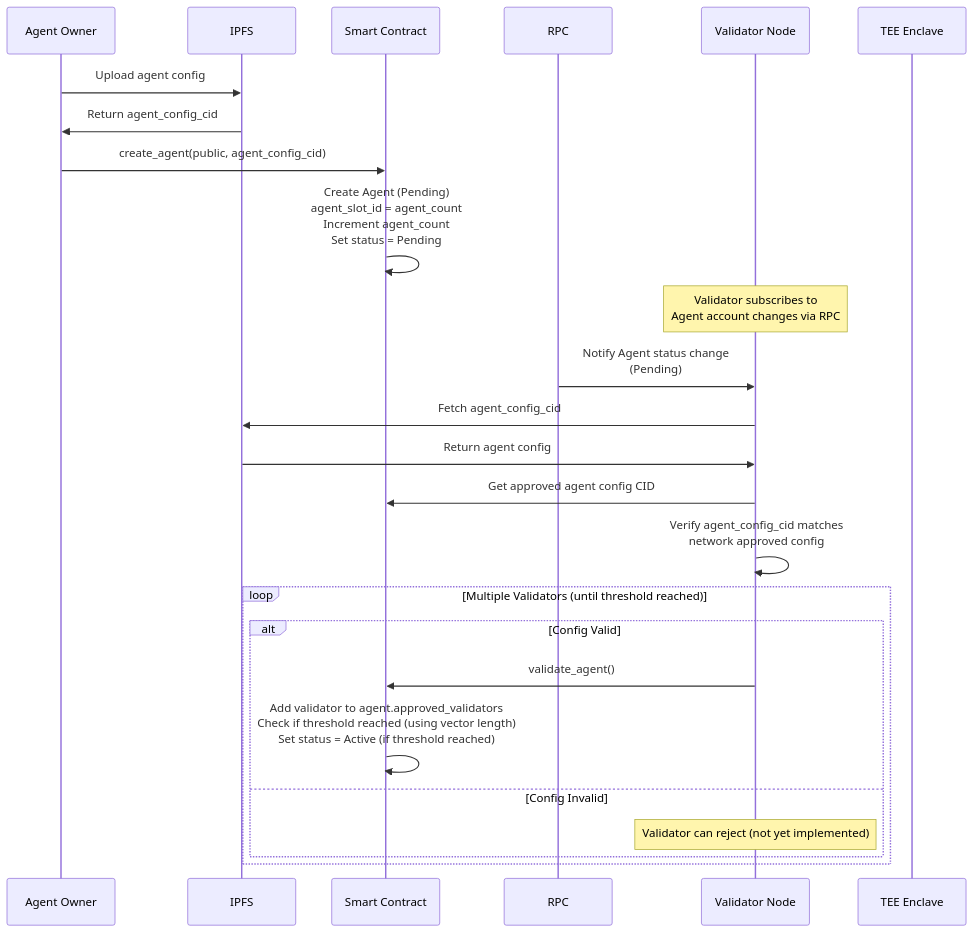
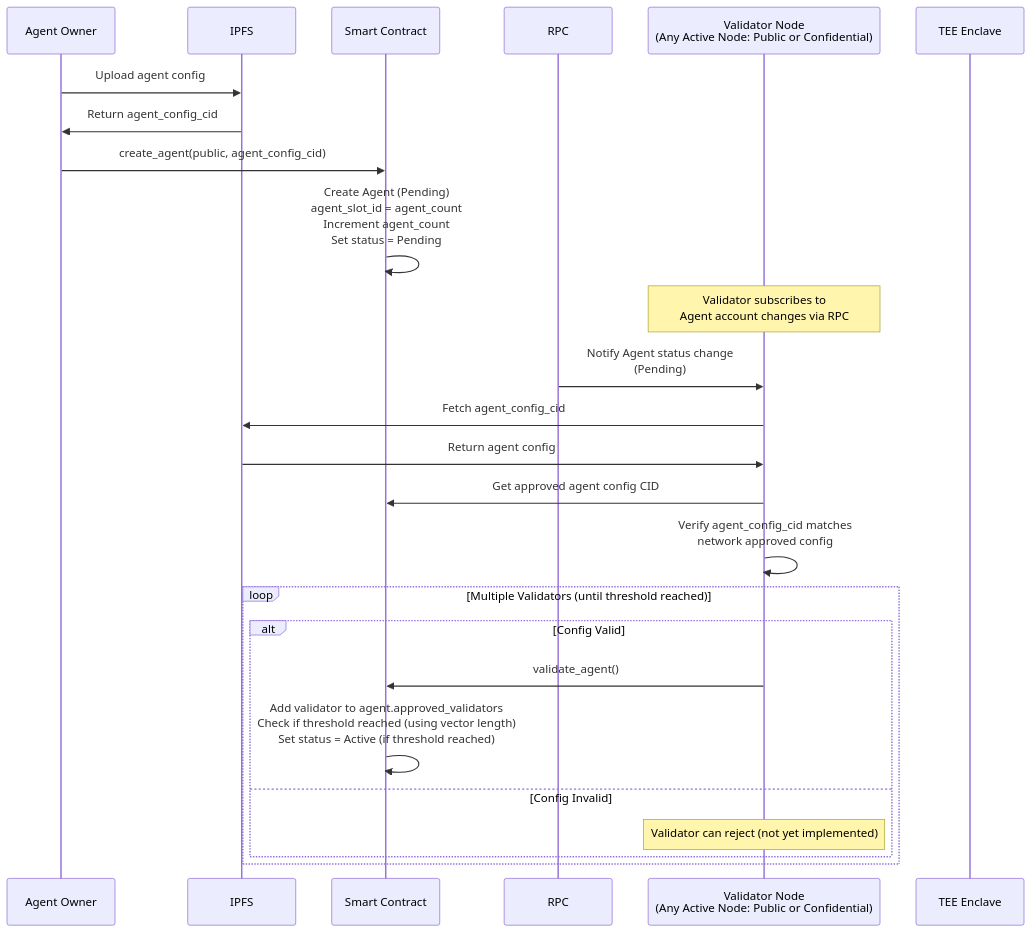
Before and after one commit to JorgeCosta87/decentralized-autonomous-computing: the sixth of 13 diagrams in docs/design.md, drawn with Mermaid. The commit also changed other lines of this file and 7 other files, not shown here.

````diff
--- a/docs/design.md
+++ b/docs/design.md
@@ -341,32 +341,32 @@
 ```mermaid
 sequenceDiagram
     participant Owner as Agent Owner
     participant IPFS as IPFS
     participant DAC as Smart Contract
     participant RPC as RPC
-    participant VN as Validator Node
+    participant VN as Validator Node<br/>(Any Active Node: Public or Confidential)
     participant TEE as TEE Enclave
     
     Owner->>IPFS: Upload agent config
     IPFS->>Owner: Return agent_config_cid
     
     Owner->>DAC: create_agent(public, agent_config_cid)
     DAC->>DAC: Create Agent (Pending)<br/>agent_slot_id = agent_count<br/>Increment agent_count<br/>Set status = Pending
     
     Note over VN: Validator subscribes to<br/>Agent account changes via RPC
     
     RPC->>VN: Notify Agent status change<br/>(Pending)
     VN->>IPFS: Fetch agent_config_cid
     IPFS->>VN: Return agent config
     VN->>DAC: Get approved agent config CID
     VN->>VN: Verify agent_config_cid matches<br/>network approved config
     
     loop Multiple Validators (until threshold reached)
         alt Config Valid
             VN->>DAC: validate_agent()
             DAC->>DAC: Add validator to agent.approved_validators<br/>Check if threshold reached (using vector length)<br/>Set status = Active (if threshold reached)
         else Config Invalid
             Note over VN: Validator can reject (not yet implemented)
         end
     end
 ```
````
